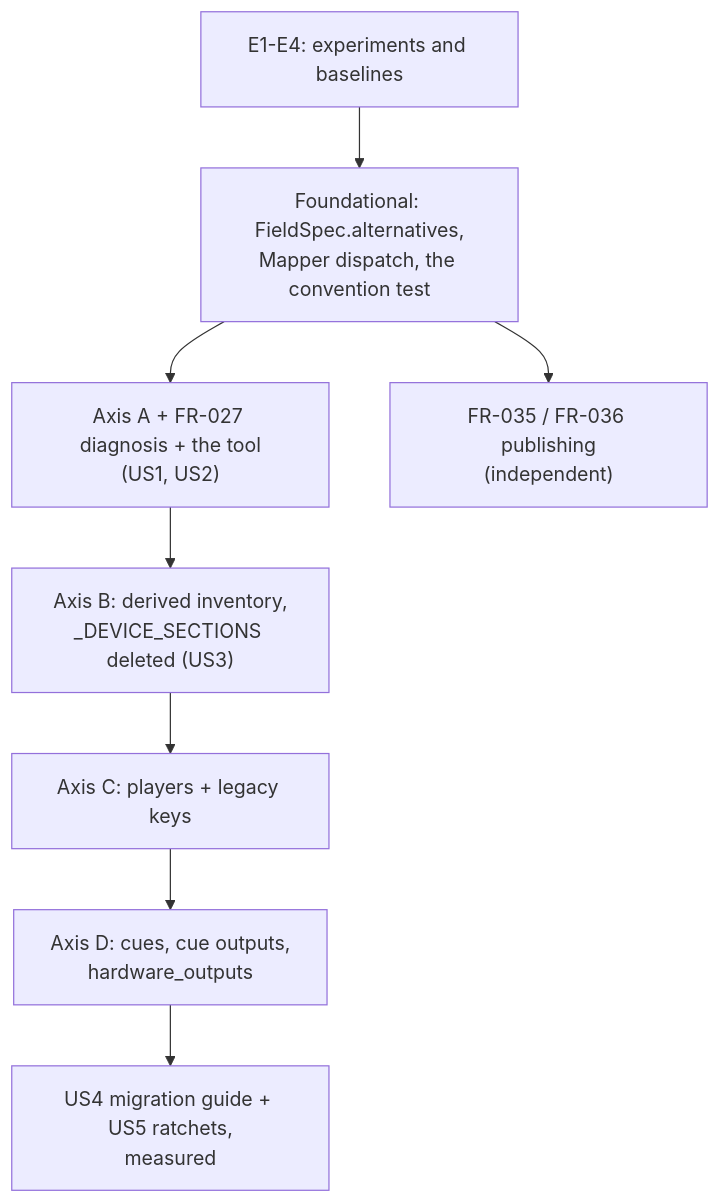
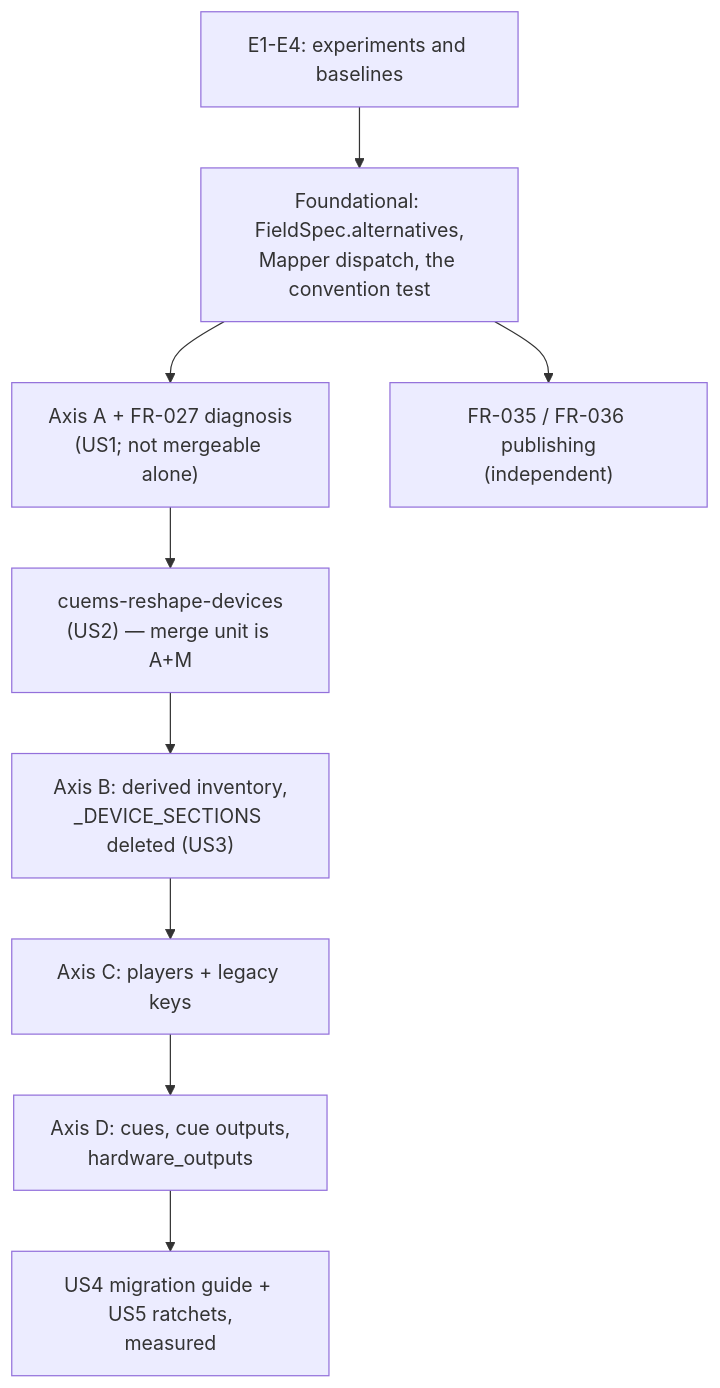
One commit to stagesoft/cuems-utils changed the diagram in specs/013-device-class-reshape/plan.md. Above: the diagram before and after it, drawn with Mermaid. The commit also changed other lines of this file and 8 other files, not shown here.

````diff
--- a/specs/013-device-class-reshape/plan.md
+++ b/specs/013-device-class-reshape/plan.md
@@ -190,10 +207,11 @@
 ```mermaid
 flowchart TD
     E["E1-E4: experiments and baselines"] --> F["Foundational: FieldSpec.alternatives,\nMapper dispatch, the convention test"]
-    F --> A["Axis A + FR-027 diagnosis + the tool\n(US1, US2)"]
-    A --> B["Axis B: derived inventory,\n_DEVICE_SECTIONS deleted (US3)"]
+    F --> A["Axis A + FR-027 diagnosis\n(US1; not mergeable alone)"]
+    A --> M["cuems-reshape-devices\n(US2) — merge unit is A+M"]
+    M --> B["Axis B: derived inventory,\n_DEVICE_SECTIONS deleted (US3)"]
     B --> C["Axis C: players + legacy keys"]
     C --> D["Axis D: cues, cue outputs,\nhardware_outputs"]
     D --> G["US4 migration guide + US5 ratchets,\nmeasured"]
     F --> P["FR-035 / FR-036 publishing\n(independent)"]
 ```
````
